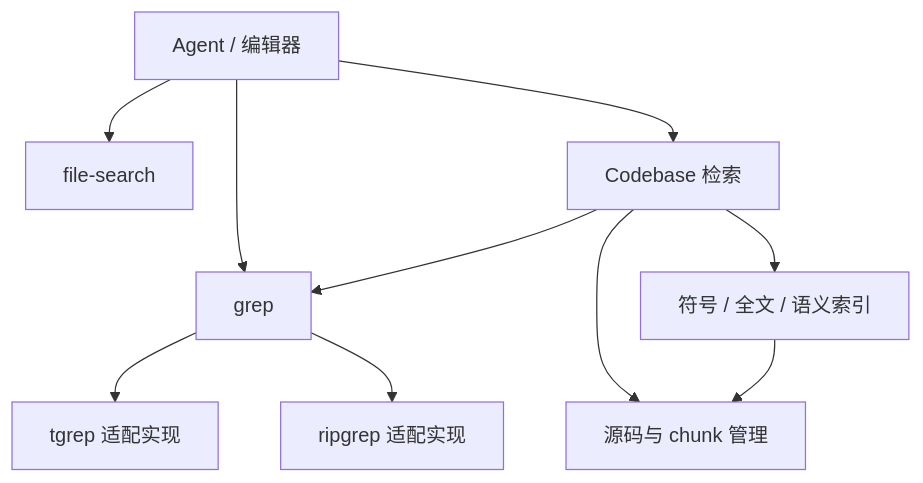
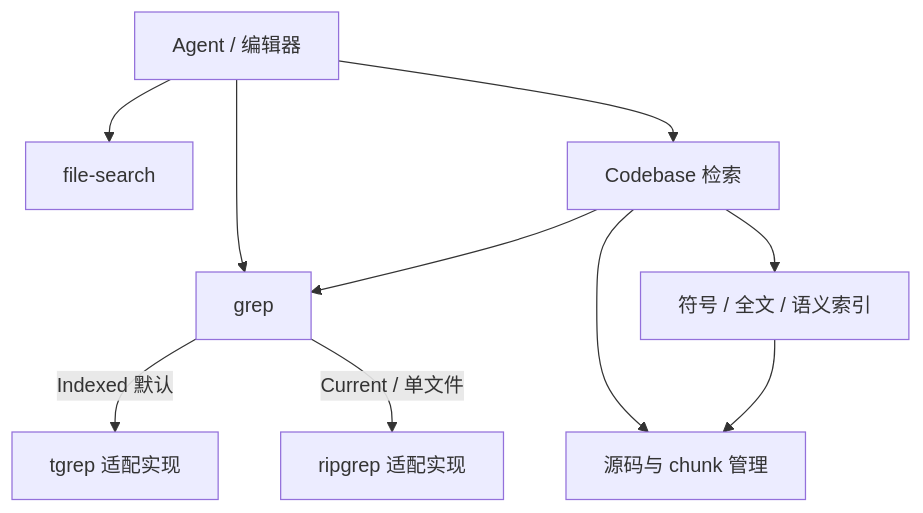
One commit to chogng/ash changed the diagram in docs/search.md. Above: the diagram before and after it, drawn with Mermaid. The commit also changed other lines of this file and 294 other files, not shown here.

````diff
--- a/docs/search.md
+++ b/docs/search.md
@@ -13,12 +13,12 @@
 ```mermaid
 flowchart TD
     A[Agent / 编辑器] --> G[grep]
     A --> F[file-search]
     A --> C[Codebase 检索]
     C --> G
     C --> S[源码与 chunk 管理]
     C --> I[符号 / 全文 / 语义索引]
     I --> S
-    G --> T[tgrep 适配实现]
-    G --> R[ripgrep 适配实现]
+    G -->|Indexed 默认| T[tgrep 适配实现]
+    G -->|Current / 单文件| R[ripgrep 适配实现]
 ```
````
